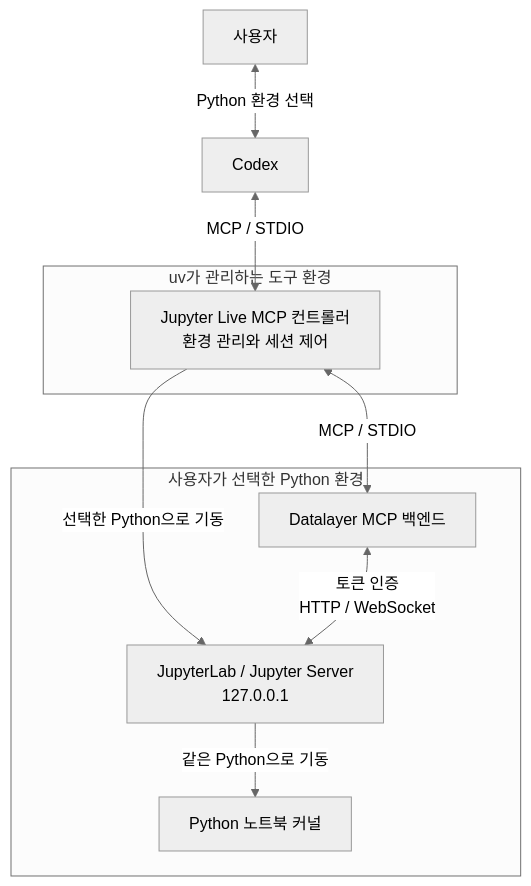
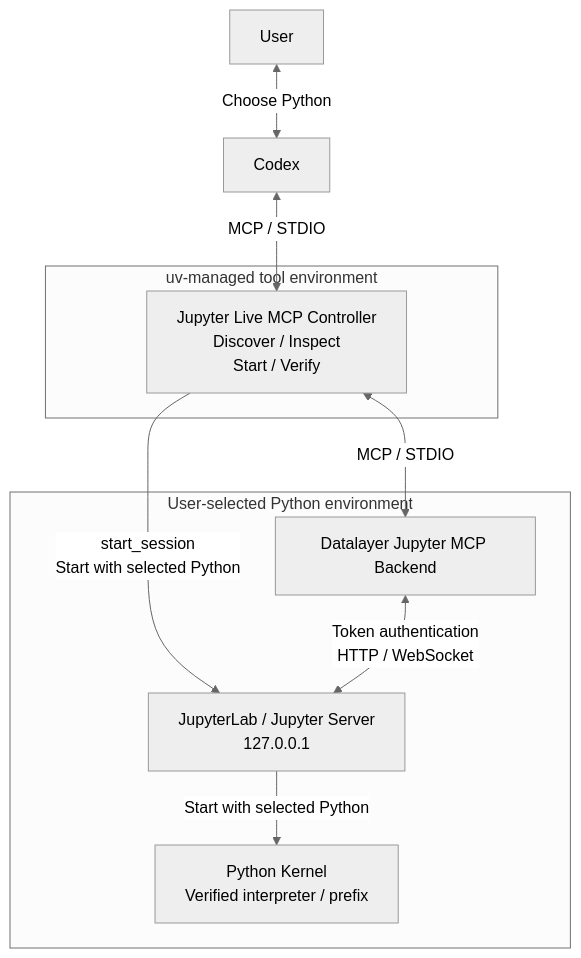
One commit to jlee-ax/jupyter-live-mcp changed the diagram in README.md. Above: the diagram before and after it, drawn with Mermaid (neutral theme). The commit also changed other lines of this file, not shown here.

Commit message:
docs: simplify architecture and use English labels

````diff
--- a/README.md
+++ b/README.md
@@ -27,22 +27,22 @@
 ```mermaid
 flowchart TB
-    User["사용자"]
+    User["User"]
     Codex["Codex"]
 
-    subgraph ToolEnv["uv가 관리하는 도구 환경"]
-        Controller["Jupyter Live MCP 컨트롤러<br/>환경 관리와 세션 제어"]
+    subgraph ToolEnv["uv-managed tool environment"]
+        Controller["Jupyter Live MCP Controller<br/>Discover / Inspect<br/>Start / Verify"]
     end
 
-    subgraph AnalysisEnv["사용자가 선택한 Python 환경"]
-        Backend["Datalayer MCP 백엔드"]
+    subgraph AnalysisEnv["User-selected Python environment"]
+        Backend["Datalayer Jupyter MCP Backend"]
         Server["JupyterLab / Jupyter Server<br/>127.0.0.1"]
-        Kernel["Python 노트북 커널"]
+        Kernel["Python Kernel<br/>Verified interpreter / prefix"]
     end
 
-    User <-->|"Python 환경 선택"| Codex
+    User <-->|"Choose Python"| Codex
     Codex <-->|"MCP / STDIO"| Controller
-    Controller -->|"선택한 Python으로 기동"| Server
+    Controller -->|"start_session<br/>Start with selected Python"| Server
     Controller <-->|"MCP / STDIO"| Backend
-    Backend <-->|"토큰 인증<br/>HTTP / WebSocket"| Server
-    Server -->|"같은 Python으로 기동"| Kernel
+    Backend <-->|"Token authentication<br/>HTTP / WebSocket"| Server
+    Server -->|"Start with selected Python"| Kernel
 ```
````
